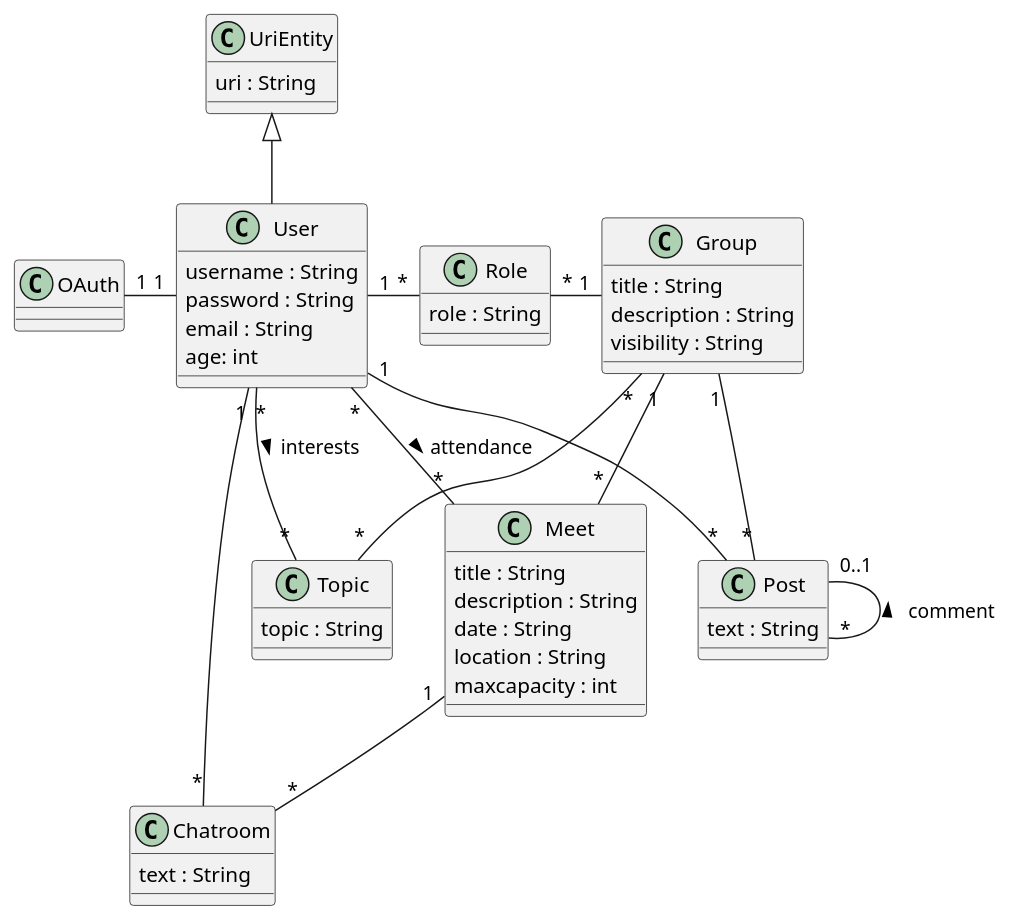
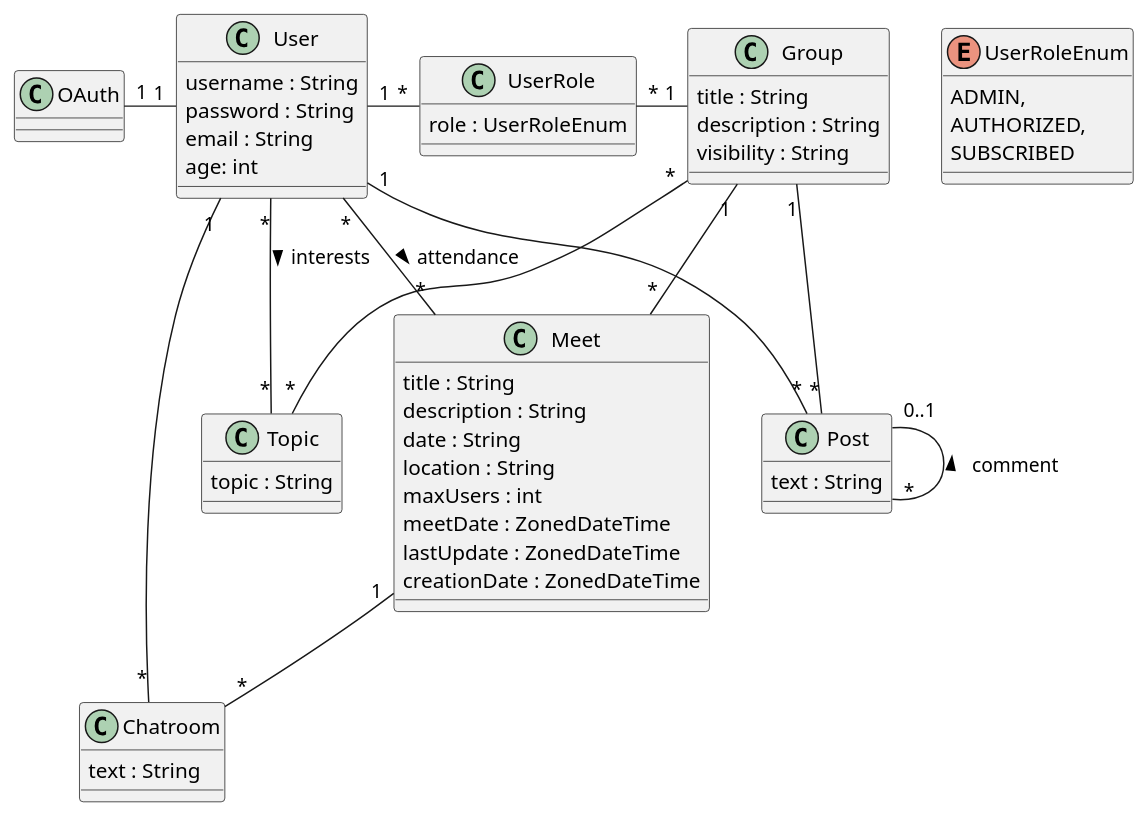
Before and after one commit to UdL-EPS-SoftArch/LinkApp-API: the diagram in EntitiesModel.puml, drawn with PlantUML.

Commit message:
update uml model

```diff
--- a/EntitiesModel.puml
+++ b/EntitiesModel.puml
@@ -1,60 +1,64 @@
 @startuml
 
-class User extends UriEntity {
+class User {
   username : String
   password : String
   email : String
   age: int
 
 }
 class OAuth{
 }
 class Group {
     title : String
     description : String
     visibility : String
 }
 
 class Topic {
      topic : String
 }
 
-class Role {
-     role : String
+enum UserRoleEnum {
+    ADMIN,
+    AUTHORIZED,
+    SUBSCRIBED
+}
+
+class UserRole {
+     role : UserRoleEnum
 }
 
 class Post {
      text : String
 }
 
 class Chatroom {
      text : String
 }
 
-class UriEntity {
-  uri : String
-}
-
 class Meet {
     title : String
     description : String
     date : String
     location : String
-    maxcapacity : int
-
+    maxUsers : int
+    meetDate : ZonedDateTime
+    lastUpdate : ZonedDateTime
+    creationDate : ZonedDateTime
 }
 
 User "1" --right-- "*" Chatroom
 Meet "1" -- "*" Chatroom
 Group "*" --right-- "*" Topic
-Group "1" --left-- "*" Role
-User "1" --right-- "*" Role
+Group "1" --left-- "*" UserRole
+User "1" --right-- "*" UserRole
 User "1" --left-- "1" OAuth
 Post "0..1" --right-- "*" Post : comment <
 User "*" -- "*" Topic : interests >
 User "1" --right-- "*" Post
 Group "1" -- "*" Post
 Group "1" -- "*" Meet
 User "*" --right-- "*" Meet : attendance >
 
 @enduml
```
